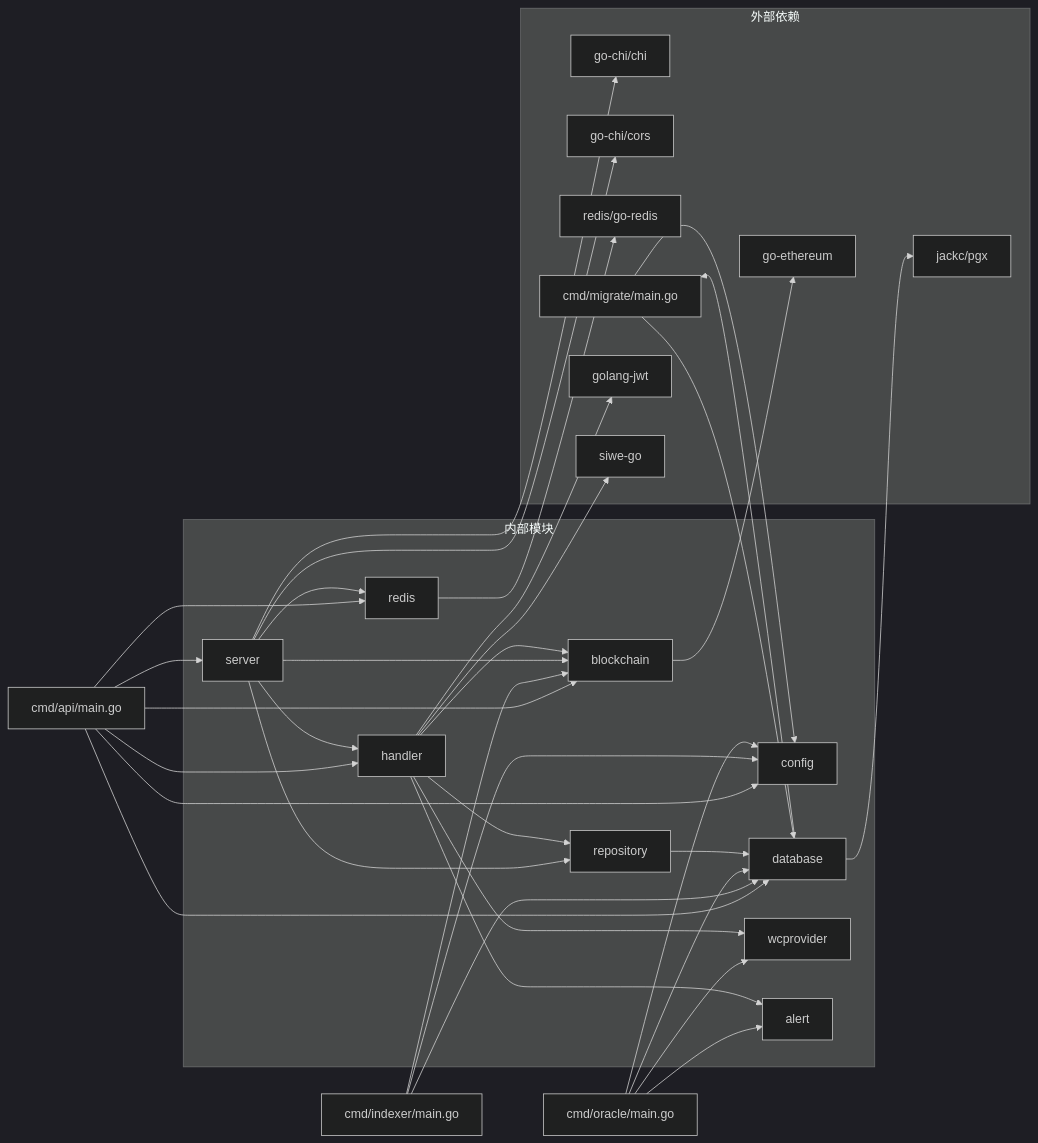
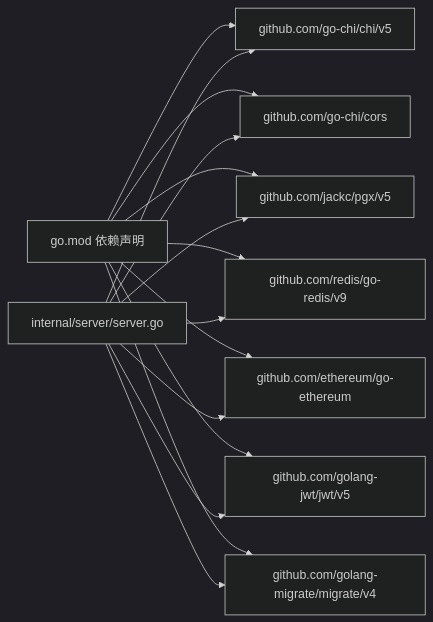
One commit to SimonHofman/PredictionDIDSimple changed the eighth of 8 diagrams in backend/.qoder/repowiki/zh/content/架构设计/整体架构.md. Above: the diagram before and after it, drawn with Mermaid (dark theme). The commit also changed other lines of this file and 162 other files, not shown here.

````diff
--- a/backend/.qoder/repowiki/zh/content/架构设计/整体架构.md
+++ b/backend/.qoder/repowiki/zh/content/架构设计/整体架构.md
@@ -329,56 +450,17 @@
 ```mermaid
 graph LR
-subgraph "外部依赖"
-ETH["go-ethereum"]
-CHI["go-chi/chi"]
-CORS["go-chi/cors"]
-PGX["jackc/pgx"]
-RDS["redis/go-redis"]
-MIG["golang-migrate"]
-JWT["golang-jwt"]
-SIWE["siwe-go"]
-end
-subgraph "内部模块"
-CFG["config"]
-DB["database"]
-SRV["server"]
-HND["handler"]
-REP["repository"]
-BC["blockchain"]
-RCL["redis"]
-WCP["wcprovider"]
-ALR["alert"]
-end
-API["cmd/api/main.go"] --> CFG
-API --> DB
-API --> SRV
-API --> HND
-API --> BC
-API --> RCL
-IDX["cmd/indexer/main.go"] --> CFG
-IDX --> DB
-IDX --> BC
-ORA["cmd/oracle/main.go"] --> CFG
-ORA --> DB
-ORA --> WCP
-ORA --> ALR
-MIG["cmd/migrate/main.go"] --> CFG
-MIG --> DB
-SRV --> HND
-SRV --> REP
-SRV --> BC
-SRV --> RCL
-HND --> REP
-HND --> BC
-HND --> WCP
-HND --> ALR
-REP --> DB
-BC --> ETH
-RCL --> RDS
-DB --> PGX
-DB --> MIG
-SRV --> CHI
-SRV --> CORS
-HND --> JWT
-HND --> SIWE
+GO_MOD["go.mod 依赖声明"] --> CHI["github.com/go-chi/chi/v5"]
+GO_MOD --> CORS["github.com/go-chi/cors"]
+GO_MOD --> PGX["github.com/jackc/pgx/v5"]
+GO_MOD --> REDIS["github.com/redis/go-redis/v9"]
+GO_MOD --> ETH["github.com/ethereum/go-ethereum"]
+GO_MOD --> JWT["github.com/golang-jwt/jwt/v5"]
+GO_MOD --> MIG["github.com/golang-migrate/migrate/v4"]
+SERVER_PKG["internal/server/server.go"] --> CHI
+SERVER_PKG --> CORS
+SERVER_PKG --> PGX
+SERVER_PKG --> REDIS
+SERVER_PKG --> ETH
+SERVER_PKG --> JWT
+SERVER_PKG --> MIG
 ```
````
